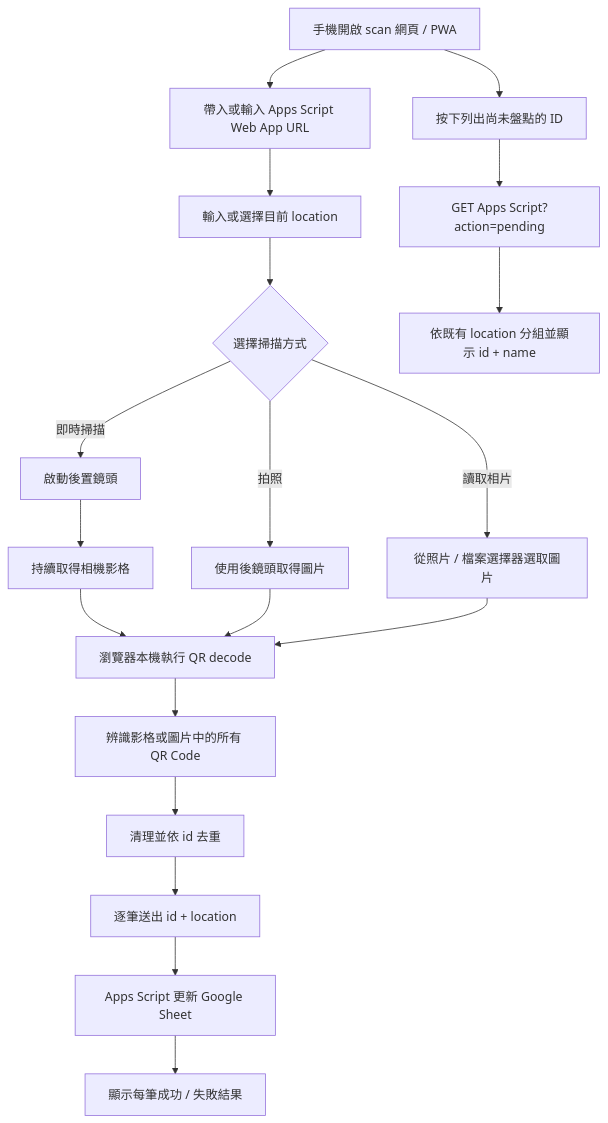
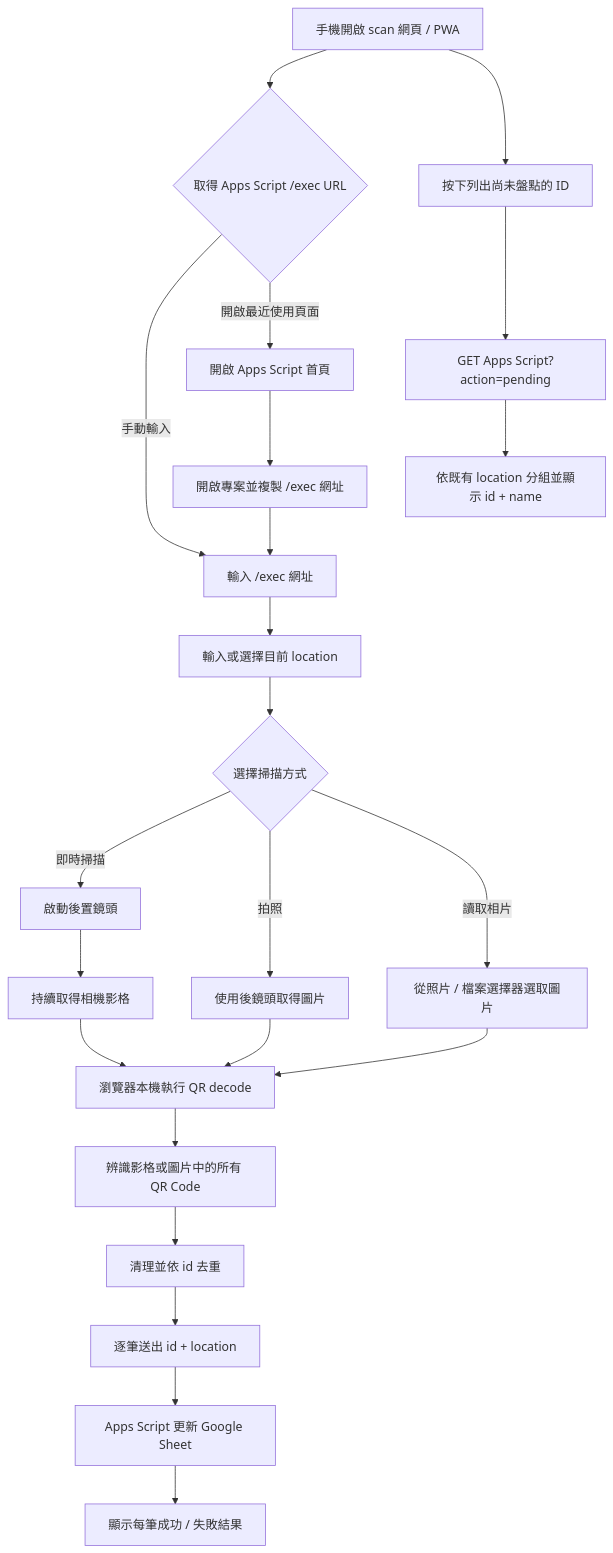
The diagram in scan/README.md (pulipulichen/Mobile-Inventory-Scanner), drawn with Mermaid before and after one commit. The commit also changed other lines of this file and 36 other files, not shown here.

First line of the commit message:
feat: streamline sheet loading and Apps Script setup

````diff
--- a/scan/README.md
+++ b/scan/README.md
@@ -57,21 +58,25 @@
 ```mermaid
 flowchart TD
-    A["手機開啟 scan 網頁 / PWA"] --> B["帶入或輸入 Apps Script Web App URL"]
-    B --> C["輸入或選擇目前 location"]
-    C --> D{"選擇掃描方式"}
-    D -->|"即時掃描"| E["啟動後置鏡頭"]
-    E --> F["持續取得相機影格"]
-    D -->|"拍照"| G["使用後鏡頭取得圖片"]
-    D -->|"讀取相片"| H["從照片 / 檔案選擇器選取圖片"]
-    F --> I["瀏覽器本機執行 QR decode"]
-    G --> I
-    H --> I
-    I --> J["辨識影格或圖片中的所有 QR Code"]
-    J --> K["清理並依 id 去重"]
-    K --> L["逐筆送出 id + location"]
-    L --> M["Apps Script 更新 Google Sheet"]
-    M --> N["顯示每筆成功 / 失敗結果"]
-    A --> O["按下列出尚未盤點的 ID"]
-    O --> P["GET Apps Script?action=pending"]
-    P --> R["依既有 location 分組並顯示 id + name"]
+    A["手機開啟 scan 網頁 / PWA"] --> B{"取得 Apps Script /exec URL"}
+    B -->|"手動輸入"| C["輸入 /exec 網址"]
+    B -->|"開啟最近使用頁面"| D["開啟 Apps Script 首頁"]
+    D --> E["開啟專案並複製 /exec 網址"]
+    E --> C
+    C --> F["輸入或選擇目前 location"]
+    F --> G{"選擇掃描方式"}
+    G -->|"即時掃描"| H["啟動後置鏡頭"]
+    H --> I["持續取得相機影格"]
+    G -->|"拍照"| J["使用後鏡頭取得圖片"]
+    G -->|"讀取相片"| K["從照片 / 檔案選擇器選取圖片"]
+    I --> L["瀏覽器本機執行 QR decode"]
+    J --> L
+    K --> L
+    L --> M["辨識影格或圖片中的所有 QR Code"]
+    M --> N["清理並依 id 去重"]
+    N --> O["逐筆送出 id + location"]
+    O --> P["Apps Script 更新 Google Sheet"]
+    P --> Q["顯示每筆成功 / 失敗結果"]
+    A --> R["按下列出尚未盤點的 ID"]
+    R --> S["GET Apps Script?action=pending"]
+    S --> T["依既有 location 分組並顯示 id + name"]
 ```
````
